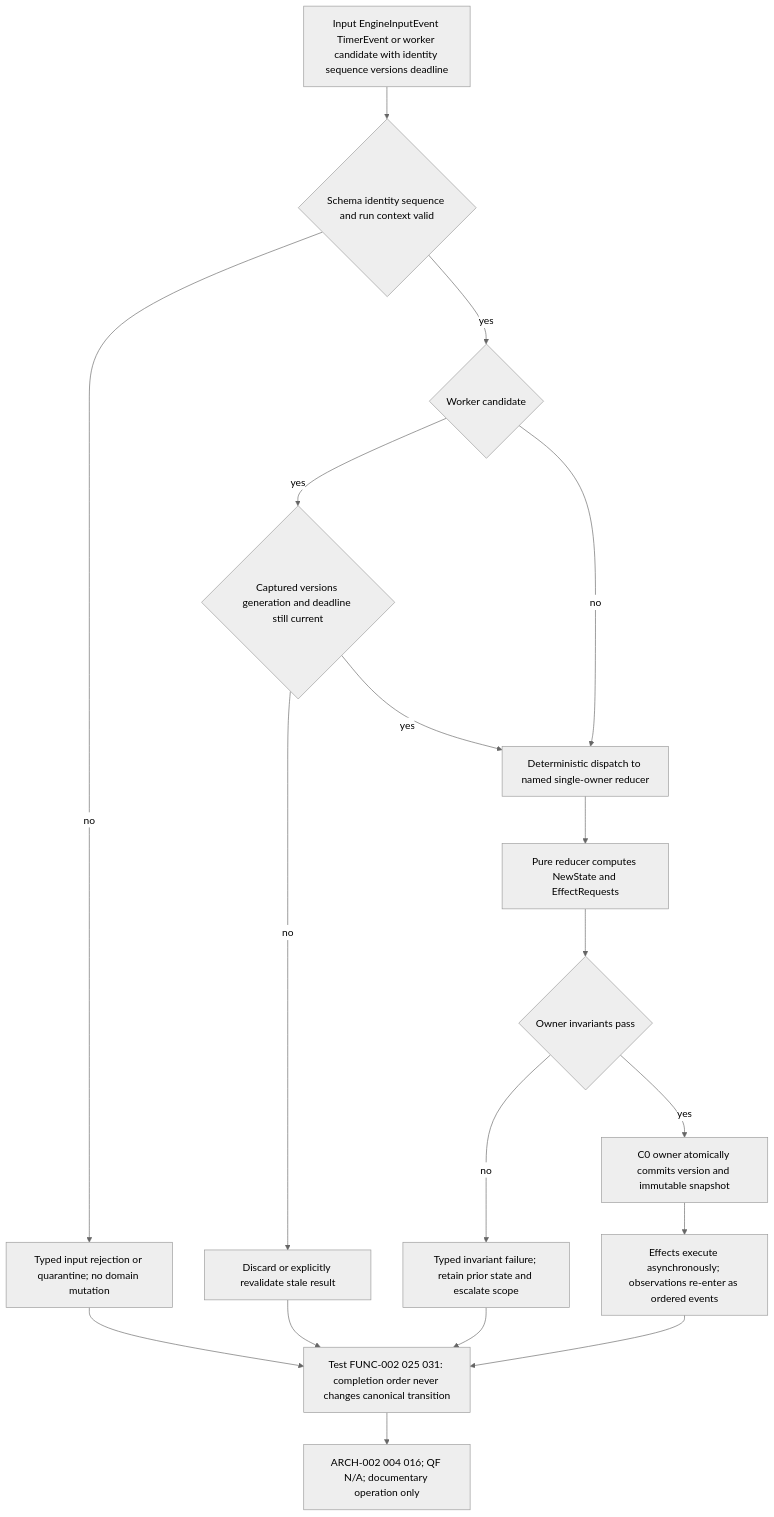
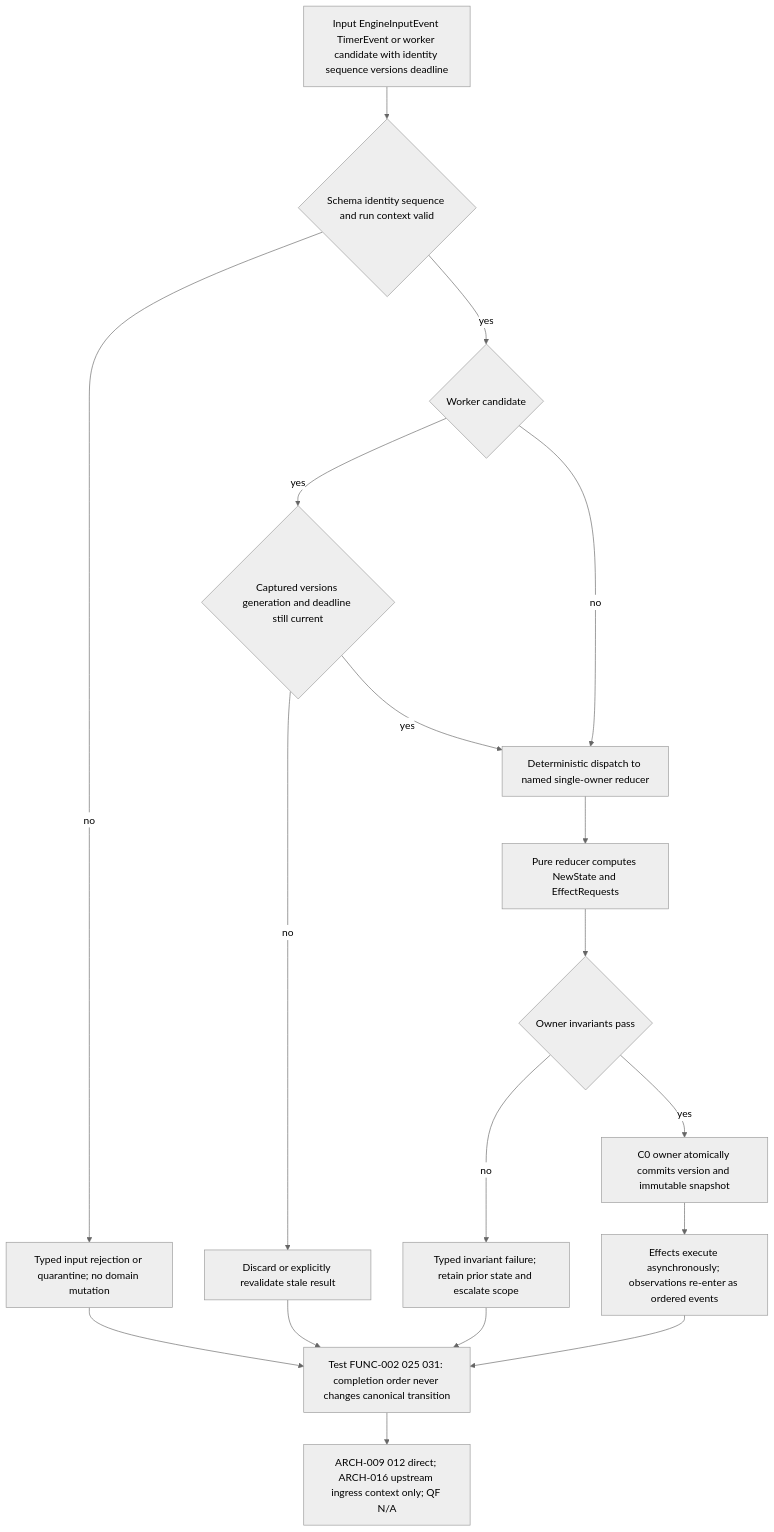
Diagram 25 of 37 in docs_v2/deep-specs/architecture/15_ARCHITECTURE_VISUAL_ATLAS.md (Insular2895/hyperliquid-arbitrage-bot), drawn with Mermaid (neutral theme) before and after one commit. The commit also changed other lines of this file and 3 other files, not shown here.

````diff
--- a/docs_v2/deep-specs/architecture/15_ARCHITECTURE_VISUAL_ATLAS.md
+++ b/docs_v2/deep-specs/architecture/15_ARCHITECTURE_VISUAL_ATLAS.md
@@ -941,20 +953,20 @@
 ```mermaid
 flowchart TD
     I25["Input EngineInputEvent TimerEvent or worker candidate with identity sequence versions deadline"] --> V25{"Schema identity sequence and run context valid"}
     V25 -->|no| R25["Typed input rejection or quarantine; no domain mutation"]
     V25 -->|yes| W25{"Worker candidate"}
     W25 -->|yes| C25{"Captured versions generation and deadline still current"}
     C25 -->|no| S25["Discard or explicitly revalidate stale result"]
     C25 -->|yes| D25["Deterministic dispatch to named single-owner reducer"]
     W25 -->|no| D25
     D25 --> P25["Pure reducer computes NewState and EffectRequests"]
     P25 --> G25{"Owner invariants pass"}
     G25 -->|no| X25["Typed invariant failure; retain prior state and escalate scope"]
     G25 -->|yes| O25["C0 owner atomically commits version and immutable snapshot"]
     O25 --> E25["Effects execute asynchronously; observations re-enter as ordered events"]
     E25 --> T25["Test FUNC-002 025 031: completion order never changes canonical transition"]
     R25 --> T25
     S25 --> T25
     X25 --> T25
-    T25 --> Z25["ARCH-002 004 016; QF N/A; documentary operation only"]
+    T25 --> Z25["ARCH-009 012 direct; ARCH-016 upstream ingress context only; QF N/A"]
 ```
````
